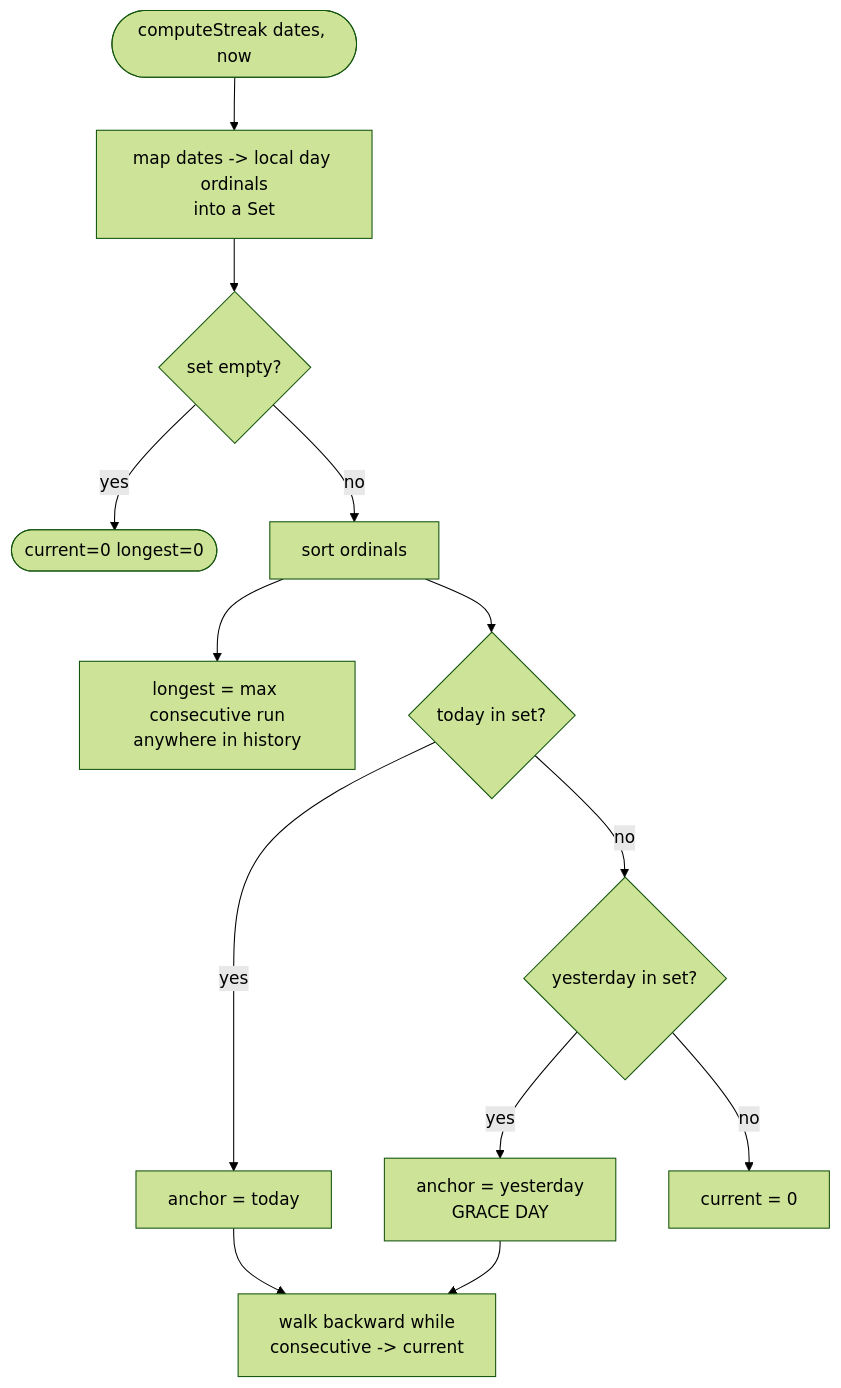
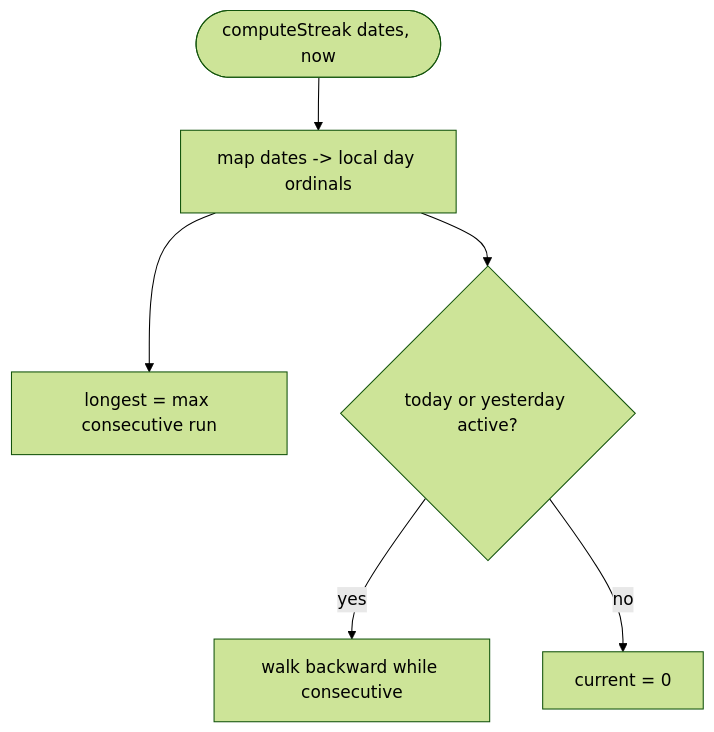
One commit to vojtechmarek-dev/rootine changed the fourth of 5 diagrams in docs/features/root-system-garden.md. Above: the diagram before and after it, drawn with Mermaid (forest theme). The commit also changed other lines of this file and 14 other files, not shown here.

````diff
--- a/docs/features/root-system-garden.md
+++ b/docs/features/root-system-garden.md
@@ -91,15 +132,8 @@
 ```mermaid
 flowchart TD
-    A([computeStreak dates, now]) --> B[map dates -> local day ordinals\ninto a Set]
-    B --> C{set empty?}
-    C -- yes --> D([current=0 longest=0])
-    C -- no --> E[sort ordinals]
-    E --> F[longest = max consecutive run\nanywhere in history]
-    E --> G{today in set?}
-    G -- yes --> H[anchor = today]
-    G -- no --> I{yesterday in set?}
-    I -- yes --> J[anchor = yesterday\nGRACE DAY]
-    I -- no --> K[current = 0]
-    H --> L[walk backward while\nconsecutive -> current]
-    J --> L
+    A([computeStreak dates, now]) --> B[map dates -> local day ordinals]
+    B --> E[longest = max consecutive run]
+    B --> G{today or yesterday active?}
+    G -- yes --> L[walk backward while consecutive]
+    G -- no --> K[current = 0]
 ```
````
